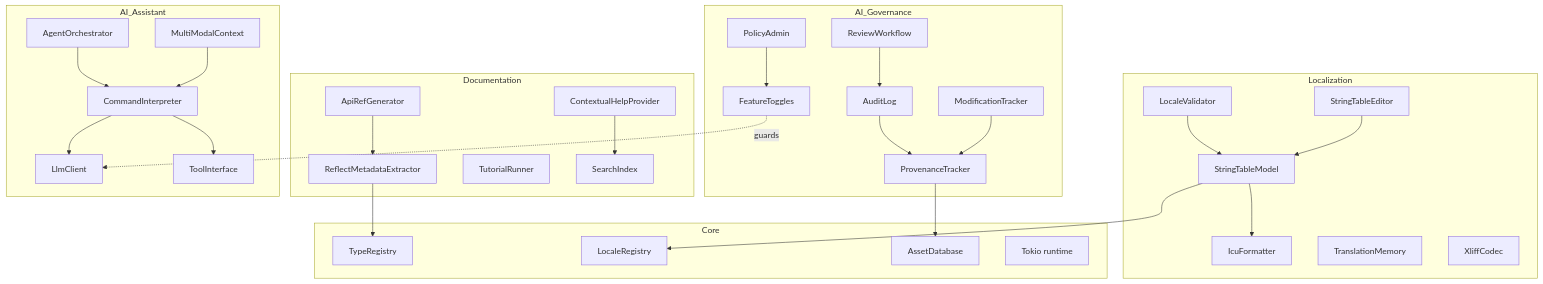
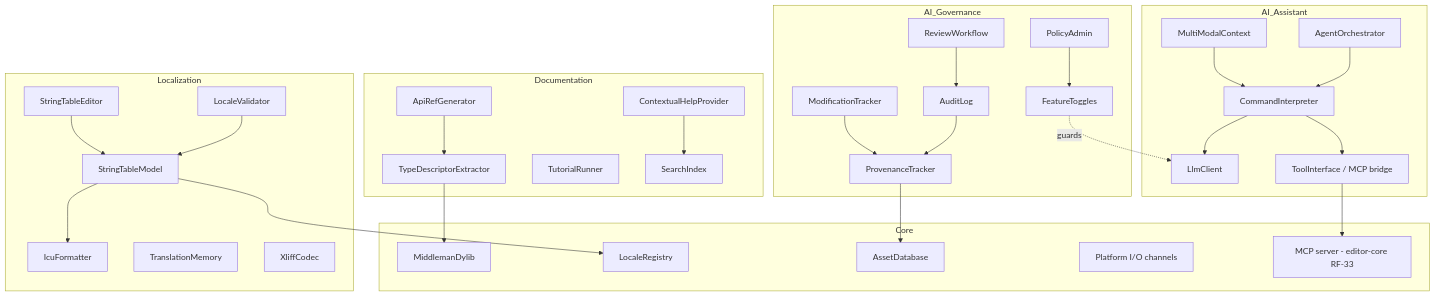
One commit to harmonius-dev/harmonius changed the first of 5 diagrams in docs/design/tools/content-services.md. Above: the diagram before and after it, drawn with Mermaid. The commit also changed other lines of this file and 174 other files, not shown here.

````diff
--- a/docs/design/tools/content-services.md
+++ b/docs/design/tools/content-services.md
@@ -114,61 +119,63 @@
 ```mermaid
 graph TD
     subgraph Localization
         STE[StringTableEditor]
         STM[StringTableModel]
         ICU[IcuFormatter]
         TM[TranslationMemory]
         VAL[LocaleValidator]
         XLF[XliffCodec]
     end
 
     subgraph Documentation
         ARG[ApiRefGenerator]
-        RME[ReflectMetadataExtractor]
+        TDE[TypeDescriptorExtractor]
         TUT[TutorialRunner]
         CTX[ContextualHelpProvider]
         SIX[SearchIndex]
     end
 
     subgraph AI_Governance
         PT[ProvenanceTracker]
         MT[ModificationTracker]
         FT[FeatureToggles]
         AL[AuditLog]
         RW[ReviewWorkflow]
         PA[PolicyAdmin]
     end
 
     subgraph AI_Assistant
         LLM[LlmClient]
-        TI[ToolInterface]
+        TI[ToolInterface / MCP bridge]
         CI[CommandInterpreter]
         MM[MultiModalContext]
         AO[AgentOrchestrator]
     end
 
     subgraph Core
-        TR[TypeRegistry]
+        MML[MiddlemanDylib]
         LOC[LocaleRegistry]
         AST[AssetDatabase]
-        IO[Tokio runtime]
+        IO[Platform I/O channels]
+        MCP[MCP server - editor-core RF-33]
     end
 
     STE --> STM
     STM --> ICU
     STM --> LOC
     VAL --> STM
-    ARG --> RME
-    RME --> TR
+    ARG --> TDE
+    TDE --> MML
     CTX --> SIX
     CI --> LLM
     CI --> TI
+    TI --> MCP
     MM --> CI
     AO --> CI
     PT --> AST
     MT --> PT
     AL --> PT
     RW --> AL
     PA --> FT
     FT -.->|guards| LLM
 ```
````
